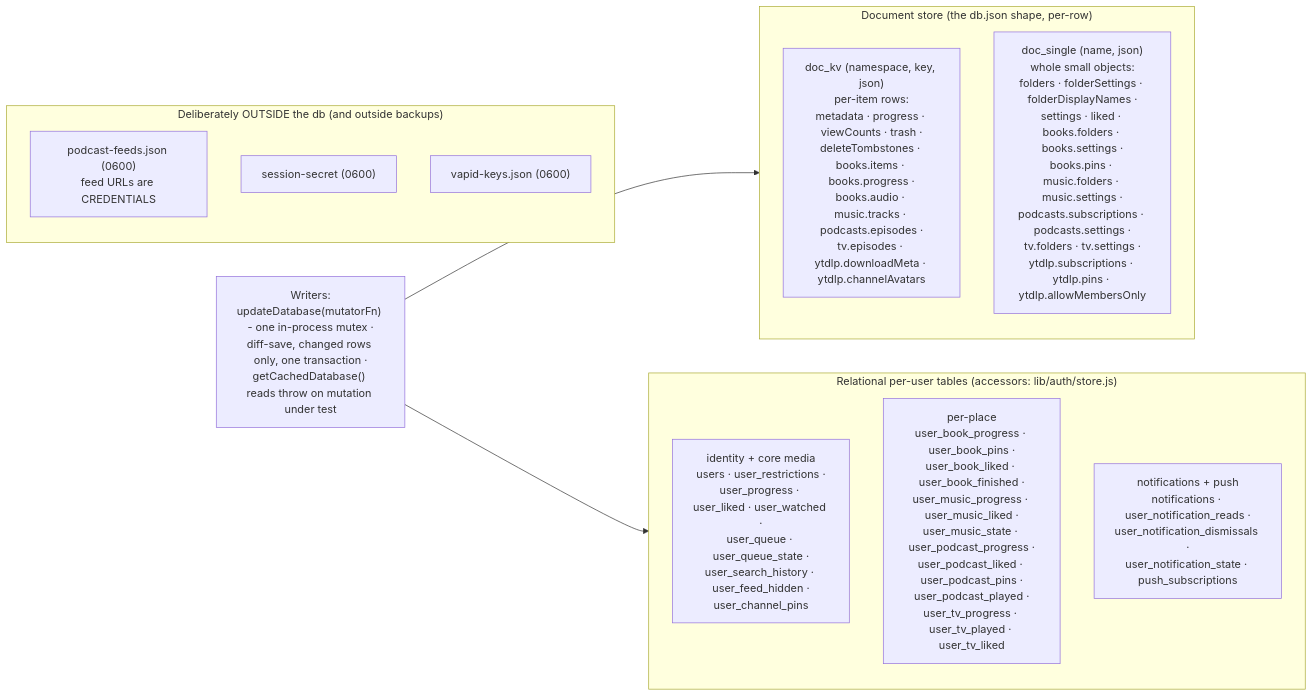
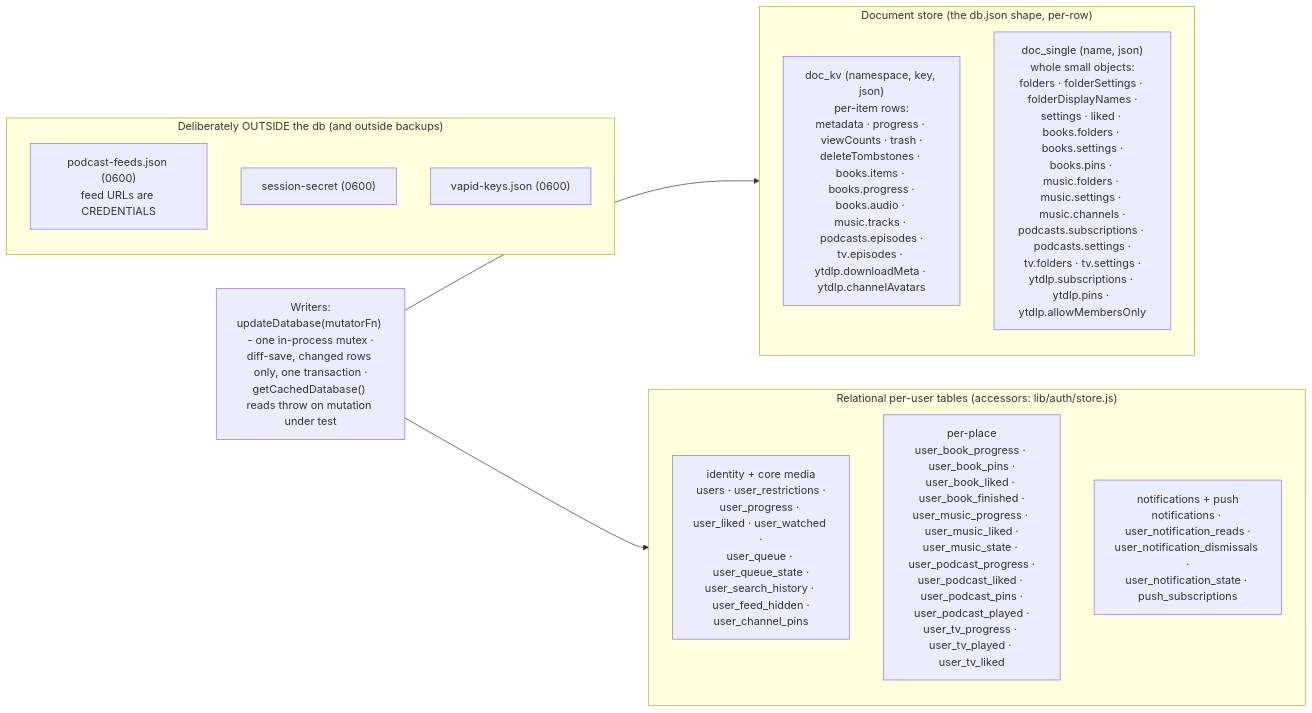
The second of 6 diagrams in docs/DIAGRAMS.md (dtammam/filetube), drawn with Mermaid before and after one commit. The commit also changed other lines of this file and 5 other files, not shown here.

````diff
--- a/docs/DIAGRAMS.md
+++ b/docs/DIAGRAMS.md
@@ -97,24 +97,24 @@
 ```mermaid
 flowchart LR
     subgraph DOC["Document store (the db.json shape, per-row)"]
         KV["doc_kv (namespace, key, json)<br/>per-item rows:<br/>metadata · progress · viewCounts · trash ·<br/>deleteTombstones · books.items · books.progress ·<br/>books.audio · music.tracks · podcasts.episodes ·<br/>tv.episodes · ytdlp.downloadMeta · ytdlp.channelAvatars"]
-        SINGLE["doc_single (name, json)<br/>whole small objects:<br/>folders · folderSettings · folderDisplayNames ·<br/>settings · liked · books.folders · books.settings ·<br/>books.pins · music.folders · music.settings ·<br/>podcasts.subscriptions · podcasts.settings ·<br/>tv.folders · tv.settings ·<br/>ytdlp.subscriptions · ytdlp.pins · ytdlp.allowMembersOnly"]
+        SINGLE["doc_single (name, json)<br/>whole small objects:<br/>folders · folderSettings · folderDisplayNames ·<br/>settings · liked · books.folders · books.settings ·<br/>books.pins · music.folders · music.settings · music.channels ·<br/>podcasts.subscriptions · podcasts.settings ·<br/>tv.folders · tv.settings ·<br/>ytdlp.subscriptions · ytdlp.pins · ytdlp.allowMembersOnly"]
     end
 
     subgraph REL["Relational per-user tables (accessors: lib/auth/store.js)"]
         CORE["identity + core media<br/>users · user_restrictions ·<br/>user_progress · user_liked · user_watched ·<br/>user_queue · user_queue_state ·<br/>user_search_history · user_feed_hidden ·<br/>user_channel_pins"]
         PLACEST["per-place<br/>user_book_progress · user_book_pins ·<br/>user_book_liked · user_book_finished ·<br/>user_music_progress · user_music_liked ·<br/>user_music_state · user_podcast_progress ·<br/>user_podcast_liked · user_podcast_pins ·<br/>user_podcast_played ·<br/>user_tv_progress · user_tv_played · user_tv_liked"]
         NOTIF["notifications + push<br/>notifications · user_notification_reads ·<br/>user_notification_dismissals ·<br/>user_notification_state · push_subscriptions"]
     end
 
     subgraph OUT["Deliberately OUTSIDE the db (and outside backups)"]
         FEEDS["podcast-feeds.json (0600)<br/>feed URLs are CREDENTIALS"]
         SS["session-secret (0600)"]
         VAPID["vapid-keys.json (0600)"]
     end
 
     WRITERS["Writers:<br/>updateDatabase(mutatorFn) - one in-process mutex ·<br/>diff-save, changed rows only, one transaction ·<br/>getCachedDatabase() reads throw on mutation under test"]
 
     WRITERS --> DOC
     WRITERS --> REL
 ```
````
